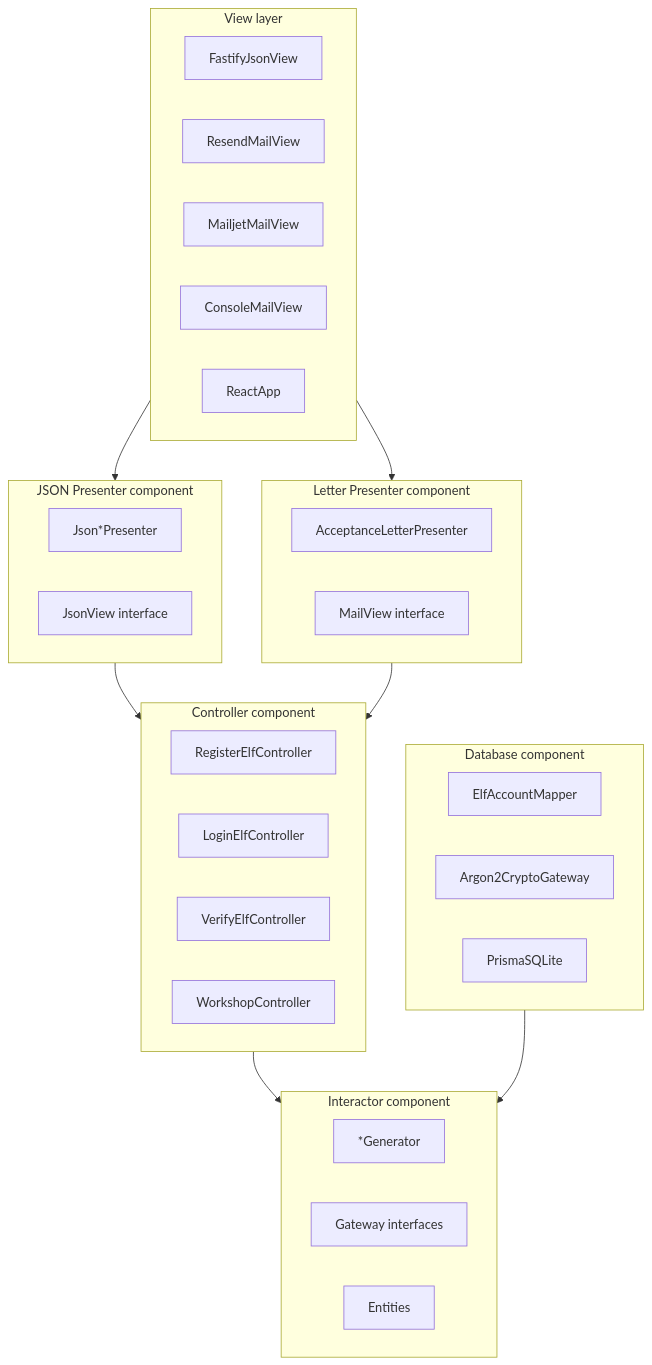
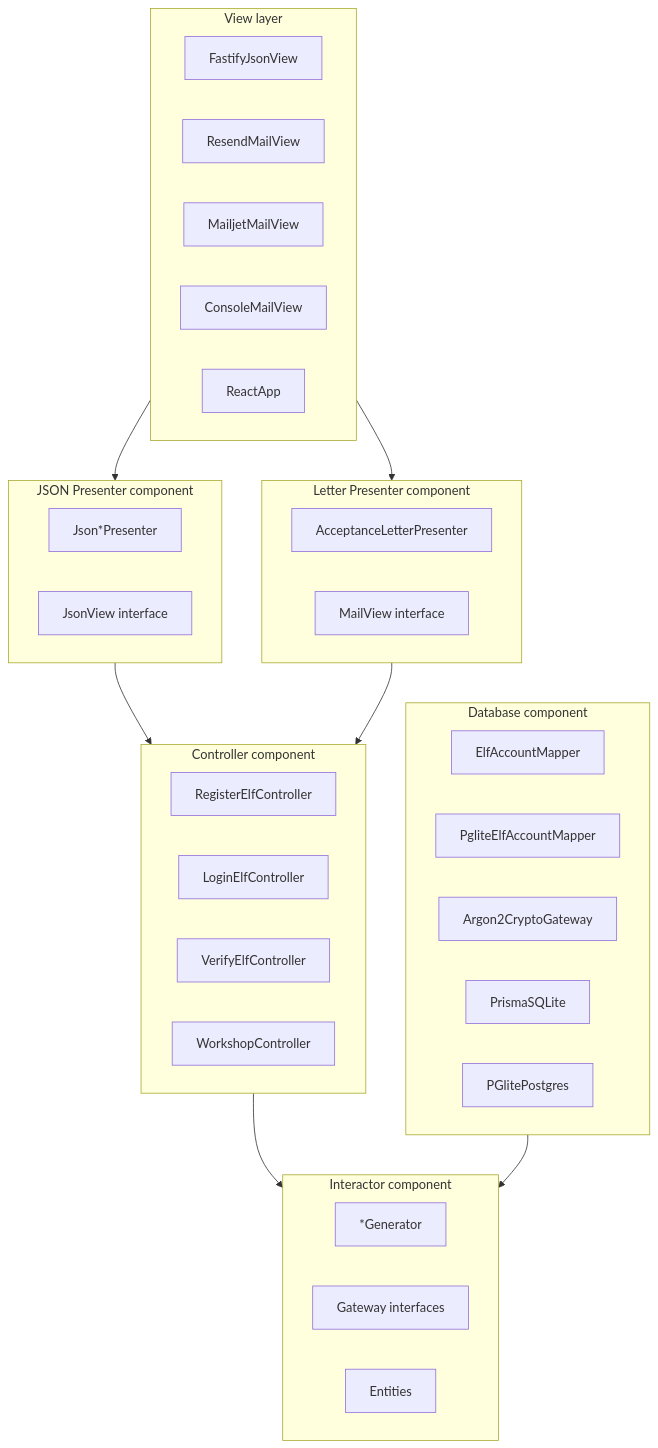
The second of 2 diagrams in docs/component-diagram.md (derekCmorales/santa-alert), drawn with Mermaid before and after one commit. The commit also changed other lines of this file and 23 other files, not shown here.

````diff
--- a/docs/component-diagram.md
+++ b/docs/component-diagram.md
@@ -97,46 +103,48 @@
 ```mermaid
 flowchart TB
   subgraph ControllerComponent [Controller component]
     RegisterElfController
     LoginElfController
     VerifyElfController
     WorkshopController
   end
 
   subgraph InteractorComponent [Interactor component]
     Generators["*Generator"]
     GatewaysI["Gateway interfaces"]
     Entities["Entities"]
   end
 
   subgraph DatabaseComponent [Database component]
     ElfAccountMapper
+    PgliteElfAccountMapper
     Argon2CryptoGateway
     PrismaSQLite
+    PGlitePostgres
   end
 
   subgraph JsonPresenterComponent [JSON Presenter component]
     JsonPresenters["Json*Presenter"]
     JsonViewI["JsonView interface"]
   end
 
   subgraph LetterPresenterComponent [Letter Presenter component]
     AcceptanceLetterPresenter
     MailViewI["MailView interface"]
   end
 
   subgraph ViewLayer [View layer]
     FastifyJsonView
     ResendMailView
     MailjetMailView
     ConsoleMailView
     ReactApp
   end
 
   ControllerComponent --> InteractorComponent
   DatabaseComponent --> InteractorComponent
   JsonPresenterComponent --> ControllerComponent
   LetterPresenterComponent --> ControllerComponent
   ViewLayer --> JsonPresenterComponent
   ViewLayer --> LetterPresenterComponent
 ```
````
